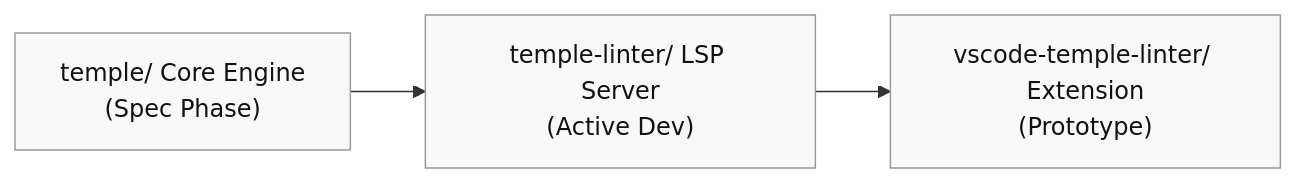
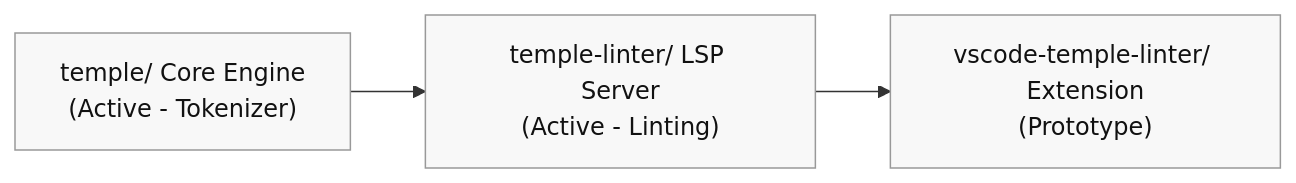
The first of 2 diagrams in ARCHITECTURE_ANALYSIS.md (squirrel289/temple), drawn with Mermaid before and after one commit. The commit also changed other lines of this file and 14 other files, not shown here.

First line of the commit message:
refactor(core)!: move tokenizer to temple core engine

````diff
--- a/ARCHITECTURE_ANALYSIS.md
+++ b/ARCHITECTURE_ANALYSIS.md
@@ -13,7 +13,7 @@
 ```mermaid
 flowchart LR
-  A["temple/ Core Engine\n(Spec Phase)"] --> B["temple-linter/ LSP Server\n(Active Dev)"]
+  A["temple/ Core Engine\n(Active - Tokenizer)"] --> B["temple-linter/ LSP Server\n(Active - Linting)"]
   B --> C["vscode-temple-linter/ Extension\n(Prototype)"]
   classDef lang fill:#f8f8f8,stroke:#999,stroke-width:1px,color:#111;
   class A,B,C lang;
 ```
````
